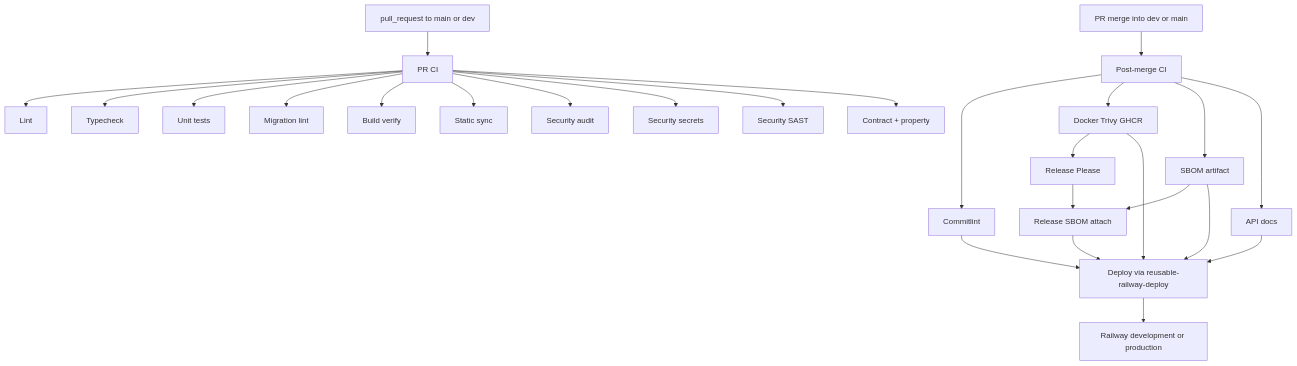
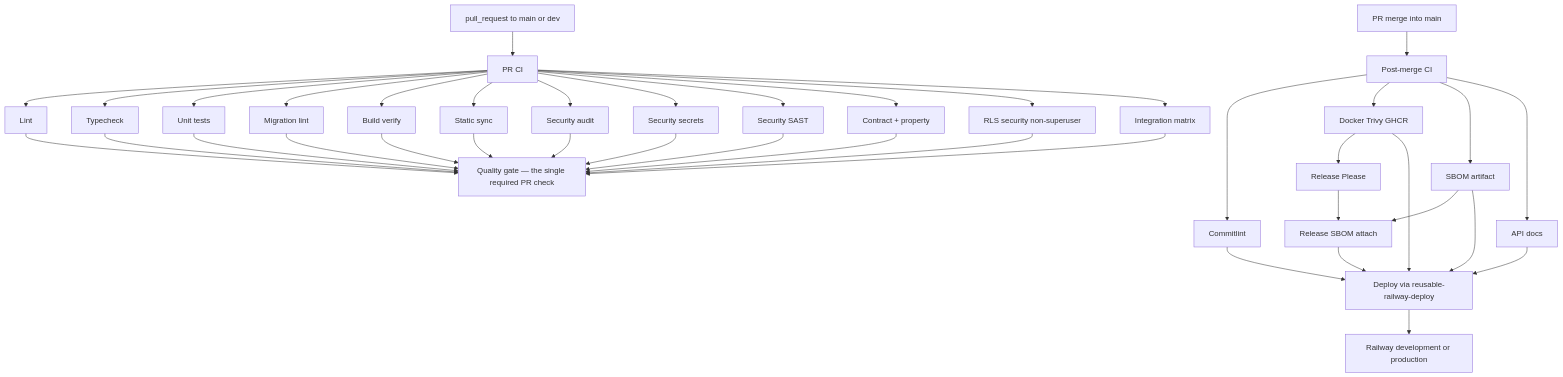
Before and after one commit to nikunjmavani/core-be: the first of 6 diagrams in docs/deployment/ci-cd/cicd-and-deployment.md, drawn with Mermaid. The commit also changed other lines of this file and 24 other files, not shown here.

First line of the commit message:
ci: single Quality gate aggregate + single-trunk cleanup (#879)

````diff
--- a/docs/deployment/ci-cd/cicd-and-deployment.md
+++ b/docs/deployment/ci-cd/cicd-and-deployment.md
@@ -31,33 +31,37 @@
 ```mermaid
 flowchart TD
   PR[pull_request to main or dev] --> PRCI[PR CI]
   PRCI --> Lint[Lint]
   PRCI --> Typecheck[Typecheck]
   PRCI --> Unit[Unit tests]
   PRCI --> MigLint[Migration lint]
   PRCI --> BuildVerify[Build verify]
   PRCI --> StaticSync[Static sync]
   PRCI --> SecAudit[Security audit]
   PRCI --> SecSecrets[Security secrets]
   PRCI --> SecSAST[Security SAST]
   PRCI --> Contract[Contract + property]
+  PRCI --> RLS[RLS security non-superuser]
+  PRCI --> Matrix[Integration matrix]
 
-  Merge[PR merge into dev or main] --> PostMerge[Post-merge CI]
+  Lint & Typecheck & StaticSync & Unit & Matrix & MigLint & BuildVerify & SecAudit & SecSecrets & SecSAST & Contract & RLS --> QualityGate[Quality gate — the single required PR check]
+
+  Merge[PR merge into main] --> PostMerge[Post-merge CI]
 
   PostMerge --> Commitlint[Commitlint]
   PostMerge --> Docker[Docker Trivy GHCR]
   PostMerge --> SBOM[SBOM artifact]
   PostMerge --> APIDocs[API docs]
 
   Docker --> ReleasePlease[Release Please]
   ReleasePlease --> ReleaseSBOM[Release SBOM attach]
   SBOM --> ReleaseSBOM
   ReleaseSBOM --> Deploy[Deploy via reusable-railway-deploy]
   Docker --> Deploy
   SBOM --> Deploy
   APIDocs --> Deploy
   Commitlint --> Deploy
 
   Deploy --> Railway[Railway development or production]
 
 ```
````
